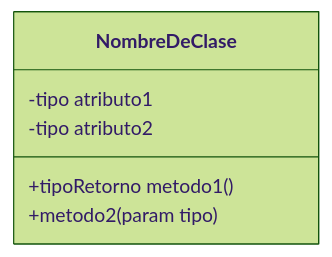
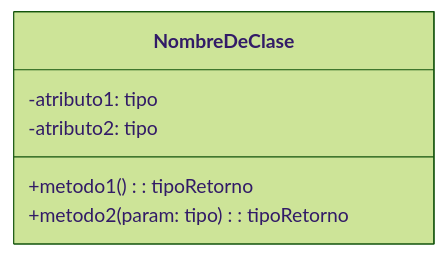
The first of 4 diagrams in src/pages/tema-3/c-clases-y-objetos-uml.md (ProfesorPermuta/web-cd), drawn with Mermaid (forest theme) before and after one commit. The commit also changed other lines of this file and 6 other files, not shown here.

First line of the commit message:
Tema 3: guías de Mermaid y ejercicios de diseño sin código

````diff
--- a/src/pages/tema-3/c-clases-y-objetos-uml.md
+++ b/src/pages/tema-3/c-clases-y-objetos-uml.md
@@ -31,9 +31,9 @@
 ```mermaid
 classDiagram
     class NombreDeClase {
-        -tipo atributo1
-        -tipo atributo2
-        +tipoRetorno metodo1()
-        +metodo2(param tipo)
+        -atributo1: tipo
+        -atributo2: tipo
+        +metodo1(): tipoRetorno
+        +metodo2(param: tipo): tipoRetorno
     }
 ```
````
